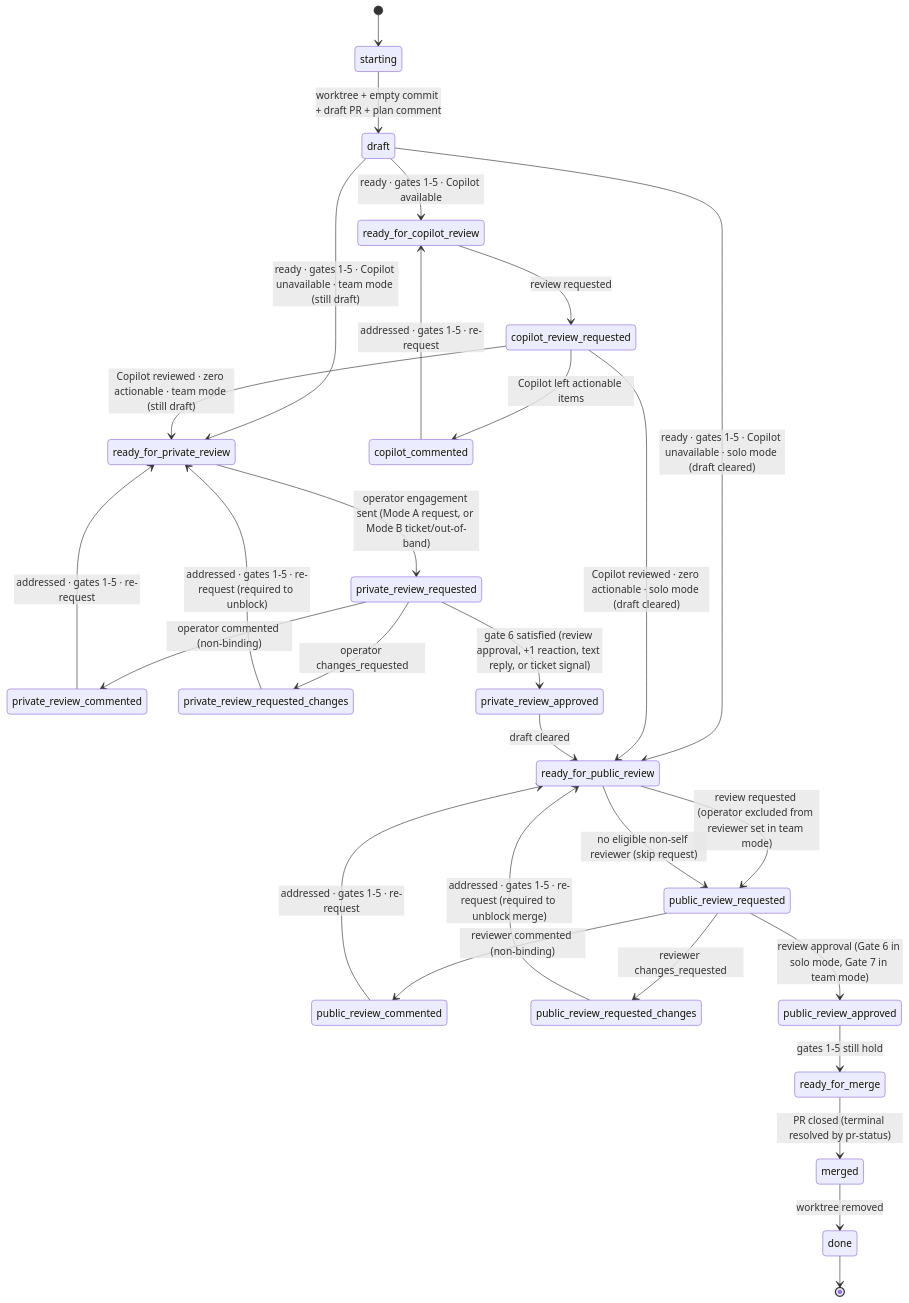
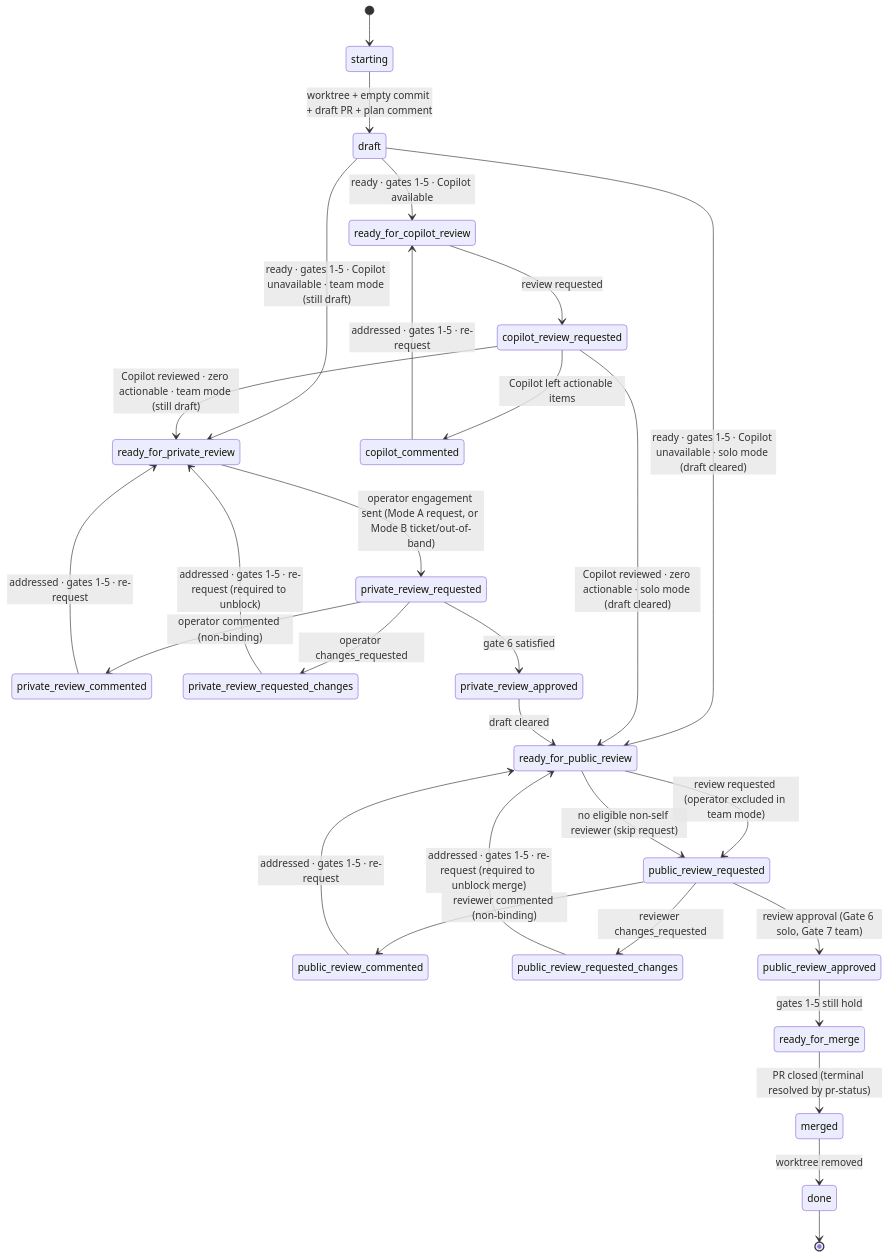
Before and after one commit to ianwremmel/agentic: the diagram in plugins/dispatch/skills/deliver/SKILL.md, drawn with Mermaid. The commit also changed other lines of this file and 1 other file, not shown here.

````diff
--- a/plugins/dispatch/skills/deliver/SKILL.md
+++ b/plugins/dispatch/skills/deliver/SKILL.md
@@ -47,47 +69,47 @@
 ```mermaid
 stateDiagram-v2
     [*] --> starting
 
     starting --> draft: worktree + empty commit + draft PR + plan comment
 
     draft --> ready_for_copilot_review: ready · gates 1-5 · Copilot available
     draft --> ready_for_public_review: ready · gates 1-5 · Copilot unavailable · solo mode (draft cleared)
     draft --> ready_for_private_review: ready · gates 1-5 · Copilot unavailable · team mode (still draft)
 
     ready_for_copilot_review --> copilot_review_requested: review requested
 
     copilot_review_requested --> copilot_commented: Copilot left actionable items
     copilot_review_requested --> ready_for_public_review: Copilot reviewed · zero actionable · solo mode (draft cleared)
     copilot_review_requested --> ready_for_private_review: Copilot reviewed · zero actionable · team mode (still draft)
 
     copilot_commented --> ready_for_copilot_review: addressed · gates 1-5 · re-request
 
     ready_for_private_review --> private_review_requested: operator engagement sent (Mode A request, or Mode B ticket/out-of-band)
 
     private_review_requested --> private_review_commented: operator commented (non-binding)
     private_review_requested --> private_review_requested_changes: operator changes_requested
-    private_review_requested --> private_review_approved: gate 6 satisfied (review approval, +1 reaction, text reply, or ticket signal)
+    private_review_requested --> private_review_approved: gate 6 satisfied
 
     private_review_commented --> ready_for_private_review: addressed · gates 1-5 · re-request
     private_review_requested_changes --> ready_for_private_review: addressed · gates 1-5 · re-request (required to unblock)
 
     private_review_approved --> ready_for_public_review: draft cleared
 
-    ready_for_public_review --> public_review_requested: review requested (operator excluded from reviewer set in team mode)
+    ready_for_public_review --> public_review_requested: review requested (operator excluded in team mode)
     ready_for_public_review --> public_review_requested: no eligible non-self reviewer (skip request)
 
     public_review_requested --> public_review_commented: reviewer commented (non-binding)
     public_review_requested --> public_review_requested_changes: reviewer changes_requested
-    public_review_requested --> public_review_approved: review approval (Gate 6 in solo mode, Gate 7 in team mode)
+    public_review_requested --> public_review_approved: review approval (Gate 6 solo, Gate 7 team)
 
     public_review_commented --> ready_for_public_review: addressed · gates 1-5 · re-request
     public_review_requested_changes --> ready_for_public_review: addressed · gates 1-5 · re-request (required to unblock merge)
 
     public_review_approved --> ready_for_merge: gates 1-5 still hold
 
     ready_for_merge --> merged: PR closed (terminal resolved by pr-status)
 
     merged --> done: worktree removed
 
     done --> [*]
 ```
````
